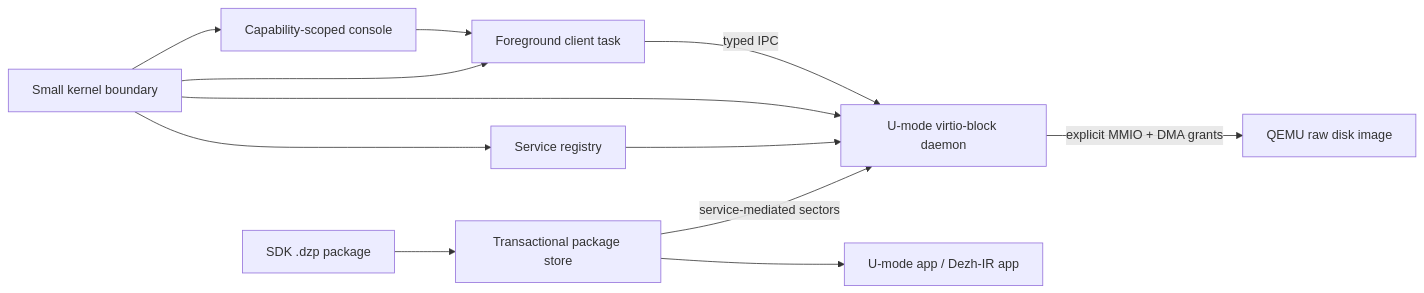
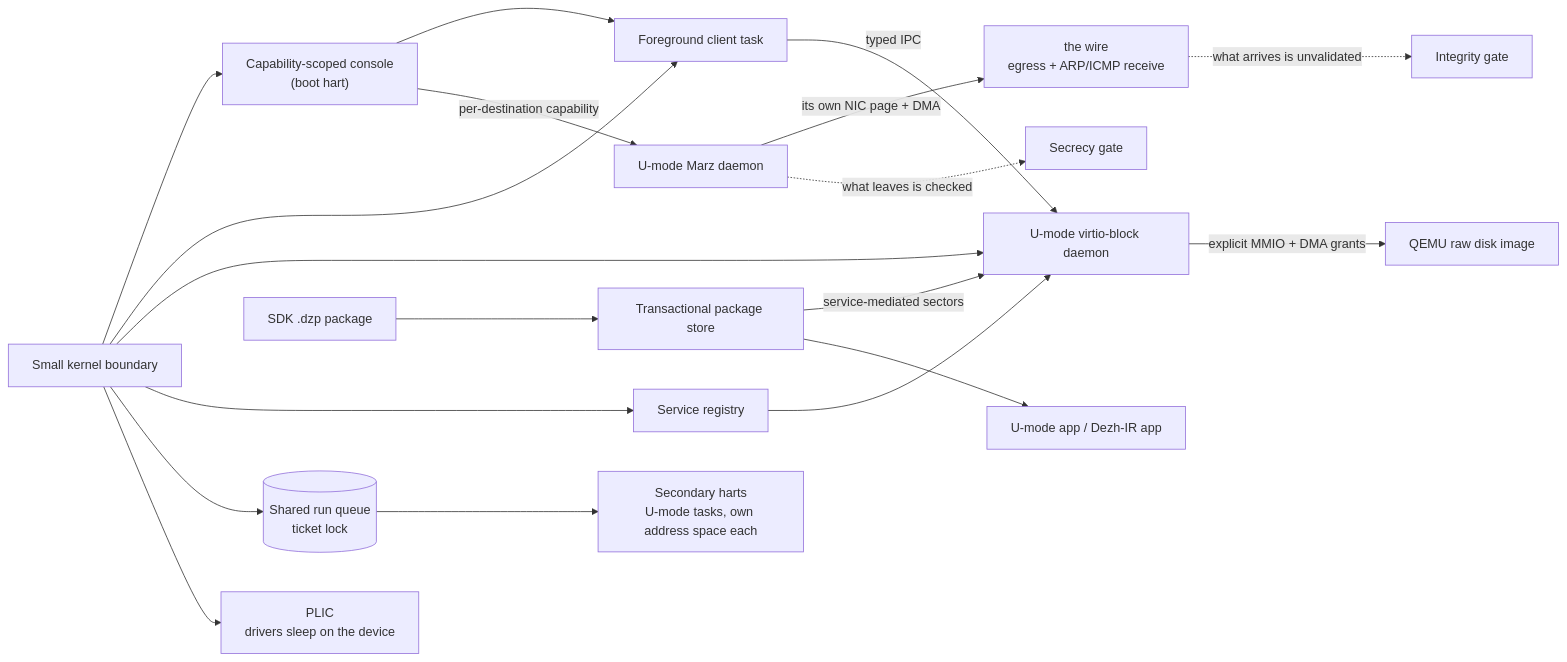
One commit to alisalimi77/Dezh changed the second of 2 diagrams in README.md. Above: the diagram before and after it, drawn with Mermaid. The commit also changed other lines of this file and 2 other files, not shown here.

````diff
--- a/README.md
+++ b/README.md
@@ -236,16 +252,25 @@
 ```mermaid
 flowchart LR
-    Console["Capability-scoped console"] --> Client["Foreground client task"]
+    Console["Capability-scoped console<br/>(boot hart)"] --> Client["Foreground client task"]
     Client -->|typed IPC| VBlk["U-mode virtio-block daemon"]
     VBlk -->|explicit MMIO + DMA grants| Disk["QEMU raw disk image"]
 
     Kernel["Small kernel boundary"] --> Console
     Kernel --> Client
     Kernel --> VBlk
     Kernel --> Registry["Service registry"]
     Registry --> VBlk
 
+    Kernel --> Q[("Shared run queue<br/>ticket lock")]
+    Q --> Harts["Secondary harts<br/>U-mode tasks, own address space each"]
+    Kernel --> PLIC["PLIC<br/>drivers sleep on the device"]
+
+    Console -->|per-destination capability| Marz["U-mode Marz daemon"]
+    Marz -->|its own NIC page + DMA| Wire["the wire<br/>egress + ARP/ICMP receive"]
+    Wire -.->|what arrives is unvalidated| IFC["Integrity gate"]
+    Marz -.->|what leaves is checked| IFC2["Secrecy gate"]
+
     SDK["SDK .dzp package"] --> Pkg["Transactional package store"]
     Pkg -->|service-mediated sectors| VBlk
     Pkg --> App["U-mode app / Dezh-IR app"]
 ```
````
